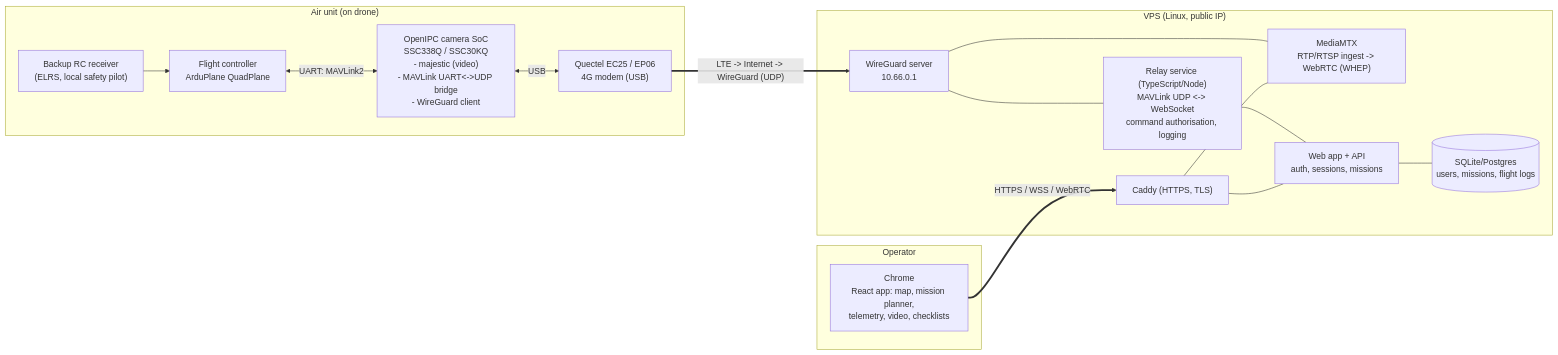
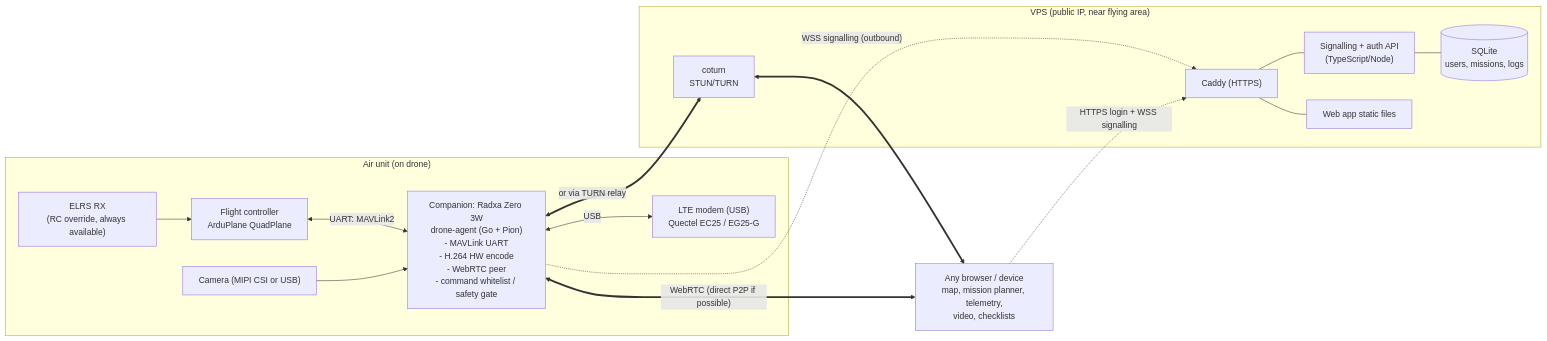
Before and after one commit to Tawildoer/cellular-drone: the diagram in docs/ARCHITECTURE.md, drawn with Mermaid. The commit also changed other lines of this file and 4 other files, not shown here.

Commit message:
Switch to WebRTC P2P + TURN, Radxa air unit, permanent RC override

````diff
--- a/docs/ARCHITECTURE.md
+++ b/docs/ARCHITECTURE.md
@@ -18,34 +29,33 @@
 ```mermaid
 flowchart LR
   subgraph AIR["Air unit (on drone)"]
     FC["Flight controller<br/>ArduPlane QuadPlane"]
-    CAM["OpenIPC camera SoC<br/>SSC338Q / SSC30KQ<br/>- majestic (video)<br/>- MAVLink UART<->UDP bridge<br/>- WireGuard client"]
-    MODEM["Quectel EC25 / EP06<br/>4G modem (USB)"]
-    RC["Backup RC receiver<br/>(ELRS, local safety pilot)"]
-    FC <-- "UART: MAVLink2" --> CAM
-    CAM <-- USB --> MODEM
+    SBC["Companion: Radxa Zero 3W<br/>drone-agent (Go + Pion)<br/>- MAVLink UART<br/>- H.264 HW encode<br/>- WebRTC peer<br/>- command whitelist / safety gate"]
+    CAMS["Camera (MIPI CSI or USB)"]
+    MODEM["LTE modem (USB)<br/>Quectel EC25 / EG25-G"]
+    RC["ELRS RX<br/>(RC override, always available)"]
+    FC <-- "UART: MAVLink2" --> SBC
+    CAMS --> SBC
+    SBC <-- USB --> MODEM
     RC --> FC
   end
 
-  subgraph CLOUD["VPS (Linux, public IP)"]
-    WG["WireGuard server<br/>10.66.0.1"]
-    RELAY["Relay service (TypeScript/Node)<br/>MAVLink UDP <-> WebSocket<br/>command authorisation, logging"]
-    MTX["MediaMTX<br/>RTP/RTSP ingest -> WebRTC (WHEP)"]
-    WEBAPP["Web app + API<br/>auth, sessions, missions"]
-    DB[("SQLite/Postgres<br/>users, missions, flight logs")]
-    CADDY["Caddy (HTTPS, TLS)"]
-    WG --- RELAY
-    WG --- MTX
-    RELAY --- WEBAPP
-    WEBAPP --- DB
-    CADDY --- WEBAPP
-    CADDY --- MTX
+  subgraph VPS["VPS (public IP, near flying area)"]
+    SIG["Signalling + auth API<br/>(TypeScript/Node)"]
+    TURN["coturn<br/>STUN/TURN"]
+    WEB["Web app static files"]
+    DB[("SQLite<br/>users, missions, logs")]
+    CADDY["Caddy (HTTPS)"]
+    SIG --- DB
+    CADDY --- SIG
+    CADDY --- WEB
   end
 
-  subgraph USER["Operator"]
-    CHROME["Chrome<br/>React app: map, mission planner,<br/>telemetry, video, checklists"]
-  end
+  BROWSER["Any browser / device<br/>map, mission planner, telemetry,<br/>video, checklists"]
 
-  MODEM == "LTE -> Internet -> WireGuard (UDP)" ==> WG
-  CHROME == "HTTPS / WSS / WebRTC" ==> CADDY
+  SBC -. "WSS signalling (outbound)" .-> CADDY
+  BROWSER -. "HTTPS login + WSS signalling" .-> CADDY
+  SBC <== "WebRTC (direct P2P if possible)" ==> BROWSER
+  SBC <== "or via TURN relay" ==> TURN
+  TURN <==> BROWSER
 ```
````
